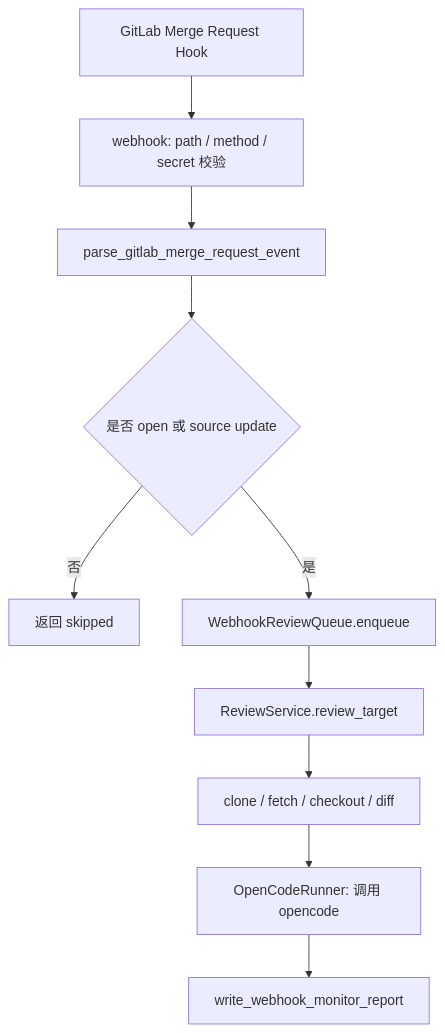
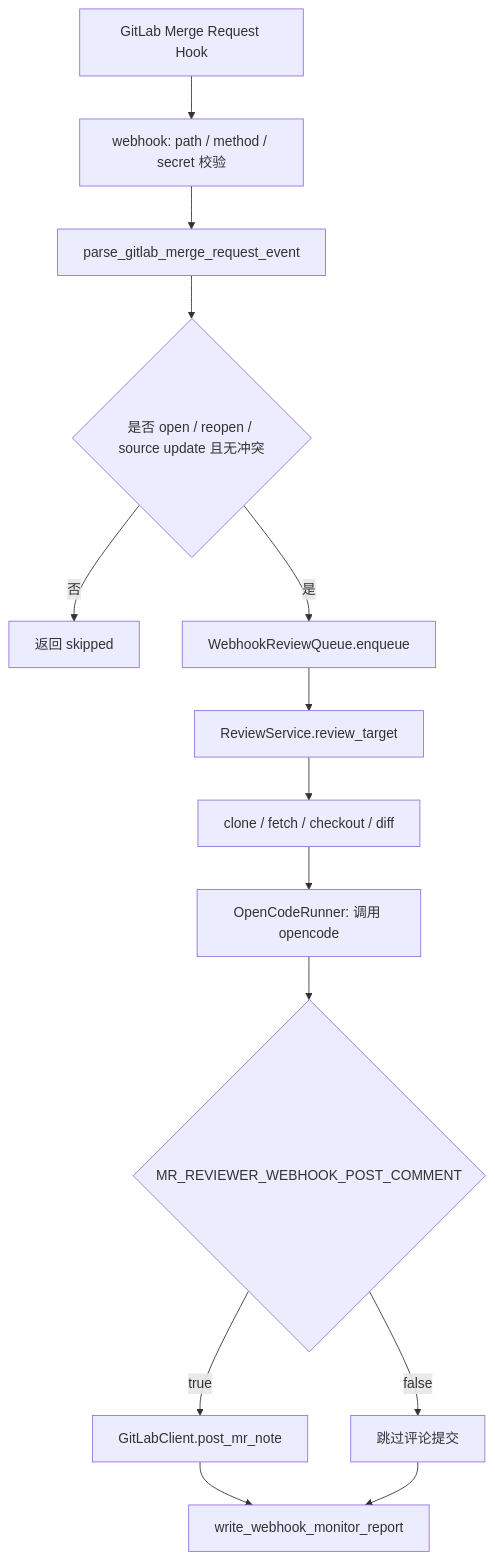
Before and after one commit to Faye-663/code-mr-reviewer: the third of 3 diagrams in docs/DESIGN.md, drawn with Mermaid. The commit also changed other lines of this file and 4 other files, not shown here.

````diff
--- a/docs/DESIGN.md
+++ b/docs/DESIGN.md
@@ -40,12 +41,16 @@
 ```mermaid
 flowchart TD
     A["GitLab Merge Request Hook"] --> B["webhook: path / method / secret 校验"]
     B --> C["parse_gitlab_merge_request_event"]
-    C --> D{"是否 open 或 source update"}
+    C --> D{"是否 open / reopen / source update 且无冲突"}
     D -- "否" --> E["返回 skipped"]
     D -- "是" --> F["WebhookReviewQueue.enqueue"]
     F --> G["ReviewService.review_target"]
     G --> H["clone / fetch / checkout / diff"]
     H --> I["OpenCodeRunner: 调用 opencode"]
-    I --> J["write_webhook_monitor_report"]
+    I --> J{"MR_REVIEWER_WEBHOOK_POST_COMMENT"}
+    J -- "true" --> K["GitLabClient.post_mr_note"]
+    J -- "false" --> L["跳过评论提交"]
+    K --> M["write_webhook_monitor_report"]
+    L --> M
 ```
````
